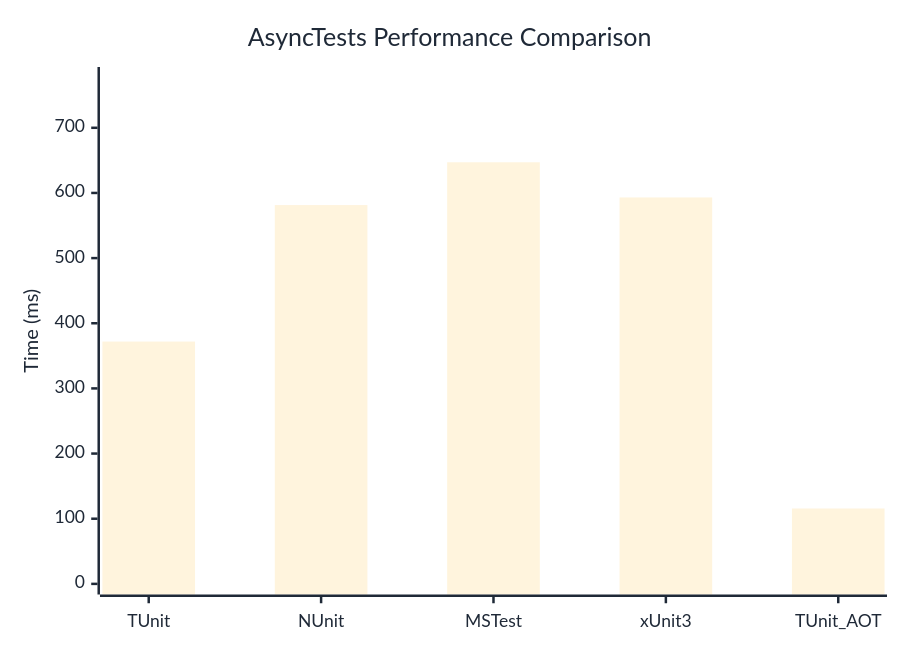
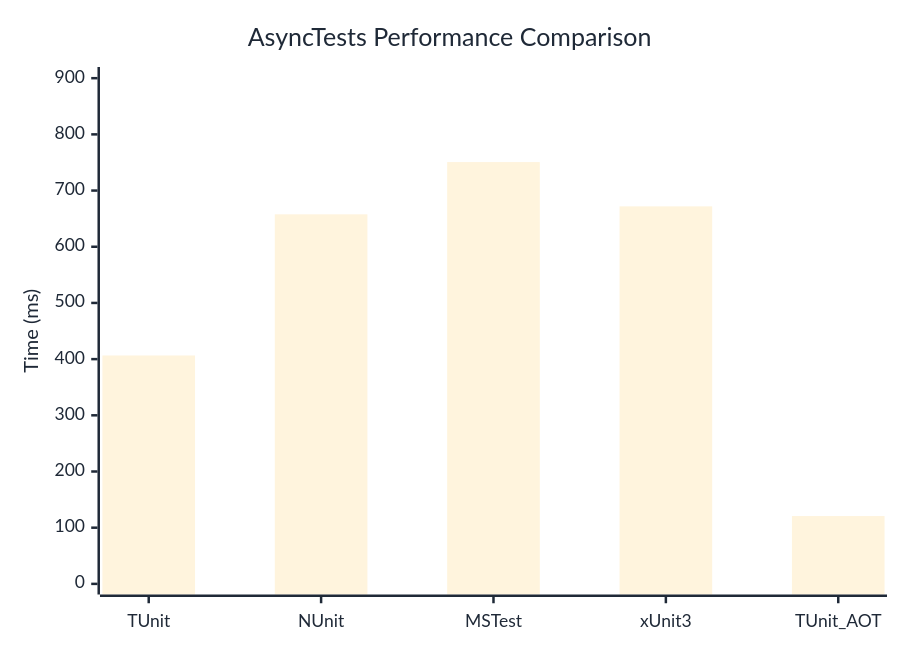
The diagram in docs/docs/benchmarks/engine/AsyncTests.md (thomhurst/TUnit), drawn with Mermaid before and after one commit. The commit also changed other lines of this file and 18 other files, not shown here.

````diff
--- a/docs/docs/benchmarks/engine/AsyncTests.md
+++ b/docs/docs/benchmarks/engine/AsyncTests.md
@@ -29,37 +29,37 @@
 ```mermaid
 %%{init: {
   'theme':'base',
   'themeVariables': {
     'primaryColor': '#2563eb',
     'primaryTextColor': '#1f2937',
     'primaryBorderColor': '#1e40af',
     'lineColor': '#6b7280',
     'secondaryColor': '#7c3aed',
     'tertiaryColor': '#dc2626',
     'background': '#ffffff',
     'mainBkg': '#2563eb',
     'secondBkg': '#7c3aed',
     'tertiaryBkg': '#dc2626',
     'clusterBkg': '#f3f4f6',
     'edgeLabelBackground': '#ffffff',
     'tertiaryTextColor': '#1f2937',
     'pie1': '#2563eb',
     'pie2': '#7c3aed',
     'pie3': '#dc2626',
     'pie4': '#f59e0b',
     'pie5': '#10b981',
     'pie6': '#06b6d4',
     'pie7': '#ec4899',
     'pie8': '#6366f1',
     'pie9': '#84cc16',
     'pie10': '#f97316',
     'pie11': '#14b8a6',
     'pie12': '#a855f7'
   }
 }}%%
 xychart-beta
   title "AsyncTests Performance Comparison"
   x-axis ["TUnit", "NUnit", "MSTest", "xUnit3", "TUnit_AOT"]
-  y-axis "Time (ms)" 0 --> 777
-  bar [371.9, 581.4, 647.1, 593.1, 115.7]
+  y-axis "Time (ms)" 0 --> 901
+  bar [406.5, 657.7, 750.7, 671.9, 120.7]
 ```
````
